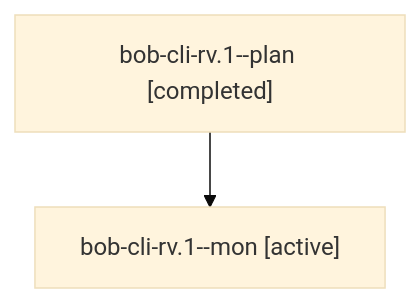
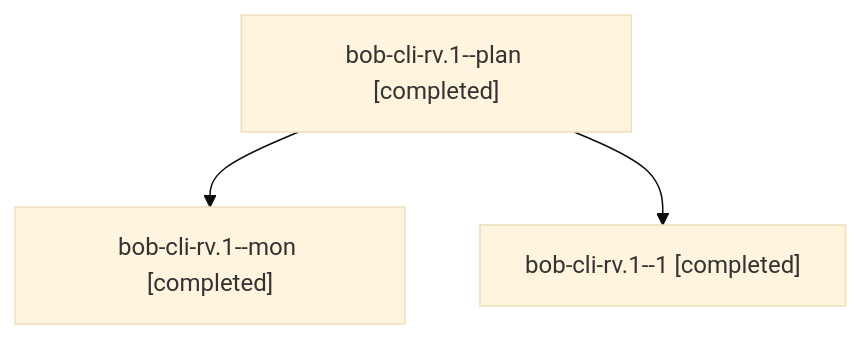
Before and after one commit to bobs-org/bob-cli--agents: the diagram in sessions/bbugyi200.athena.bob-cli-rv.1.md, drawn with Mermaid (base theme). The commit also changed other lines of this file and 58 other files, not shown here.

````diff
--- a/sessions/bbugyi200.athena.bob-cli-rv.1.md
+++ b/sessions/bbugyi200.athena.bob-cli-rv.1.md
@@ -9,6 +9,8 @@
 ```mermaid
 flowchart TD
   n0["bob-cli-rv.1--plan [completed]"]
-  n1["bob-cli-rv.1--mon [active]"]
+  n1["bob-cli-rv.1--mon [completed]"]
   n0 --> n1
+  n2["bob-cli-rv.1--1 [completed]"]
+  n0 --> n2
 ```
````
